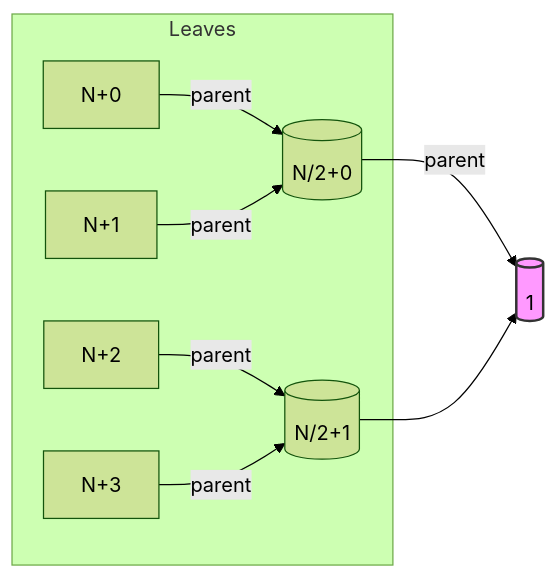
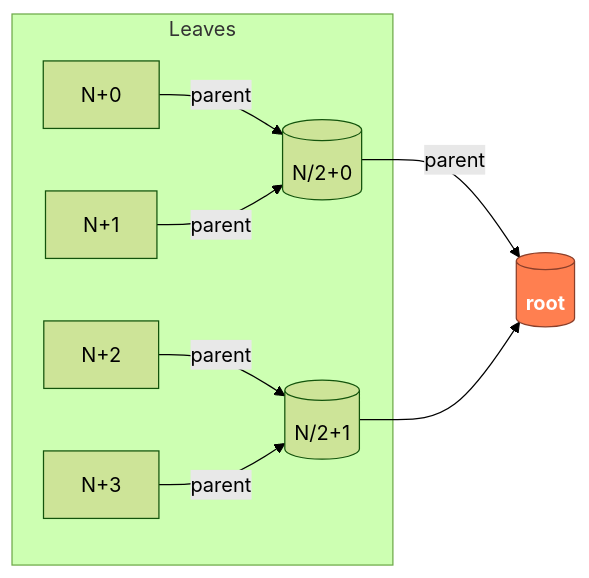
One commit to Vadim-Khristenko/Tedu_Notes changed the third of 5 diagrams in Parallel_B/041025.md. Above: the diagram before and after it, drawn with Mermaid (forest theme). The commit also changed other lines of this file, not shown here.

Commit message:
Попытка пофиксить схемы

````diff
--- a/Parallel_B/041025.md
+++ b/Parallel_B/041025.md
@@ -382,12 +399,13 @@
 ```mermaid
 graph LR
   subgraph Leaves
-    L0[ N+0 ] -->|parent| P0[(N/2+0)]
-    L1[ N+1 ] -->|parent| P0
-    L2[ N+2 ] -->|parent| P1[(N/2+1)]
-    L3[ N+3 ] -->|parent| P1
+    L0["N+0"] -->|parent| P0[(N/2+0)]
+    L1["N+1"] -->|parent| P0
+    L2["N+2"] -->|parent| P1[(N/2+1)]
+    L3["N+3"] -->|parent| P1
   end
-  P0 -->|parent| R[(1)]
+  P0 -->|parent| R[(root)]
   P1 --> R
-  style R fill:#f9f,stroke:#333,stroke-width:2px
+  classDef iterRoot fill:#ff7f50,stroke:#8a3f2a,color:#ffffff,font-weight:700;
+  class R iterRoot
 ```
````
